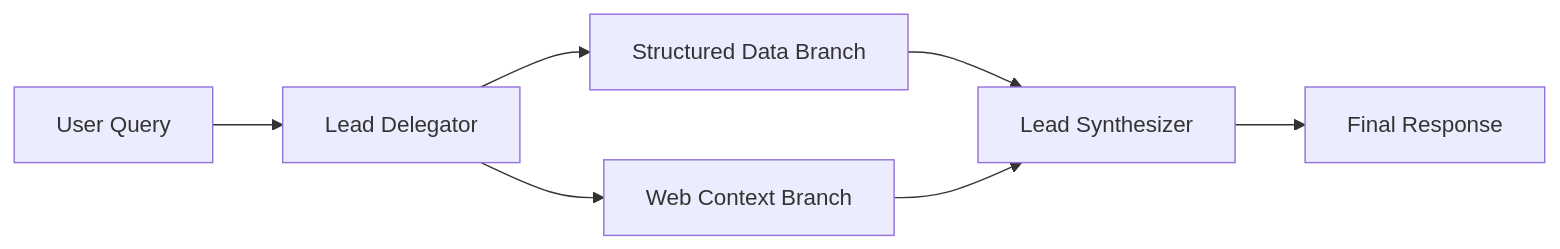
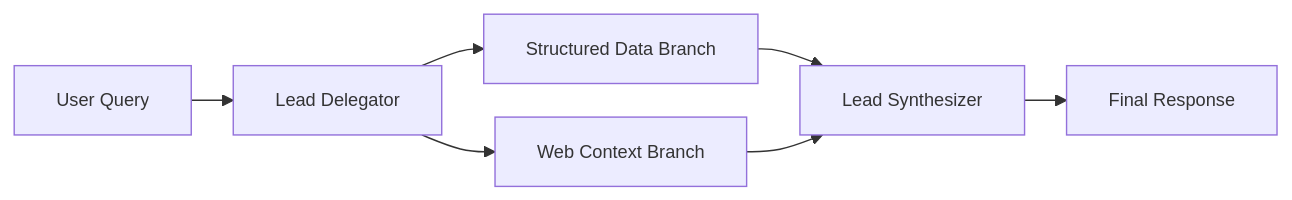
One commit to shaverm96/Gridiron-Intelligence changed the third of 3 diagrams in report/report.qmd. Above: the diagram before and after it, drawn with Mermaid. The commit also changed other lines of this file and 10 other files, not shown here.

````diff
--- a/report/report.qmd
+++ b/report/report.qmd
@@ -108,9 +137,14 @@
 ```{mermaid}
+%%| fig-cap: "Open Chat Architecture"
+%%| fig-align: center
+%%| out-width: 100%
+%%| fig-width: 7
+%%{init: {"flowchart": {"useMaxWidth": true, "nodeSpacing": 24, "rankSpacing": 30}, "themeVariables": {"fontSize": "13px"}}}%%
 flowchart LR
   Q[User Query] --> D[Lead Delegator]
   D --> C[Structured Data Branch]
   D --> W[Web Context Branch]
   C --> S[Lead Synthesizer]
   W --> S
   S --> R[Final Response]
 ```
````
